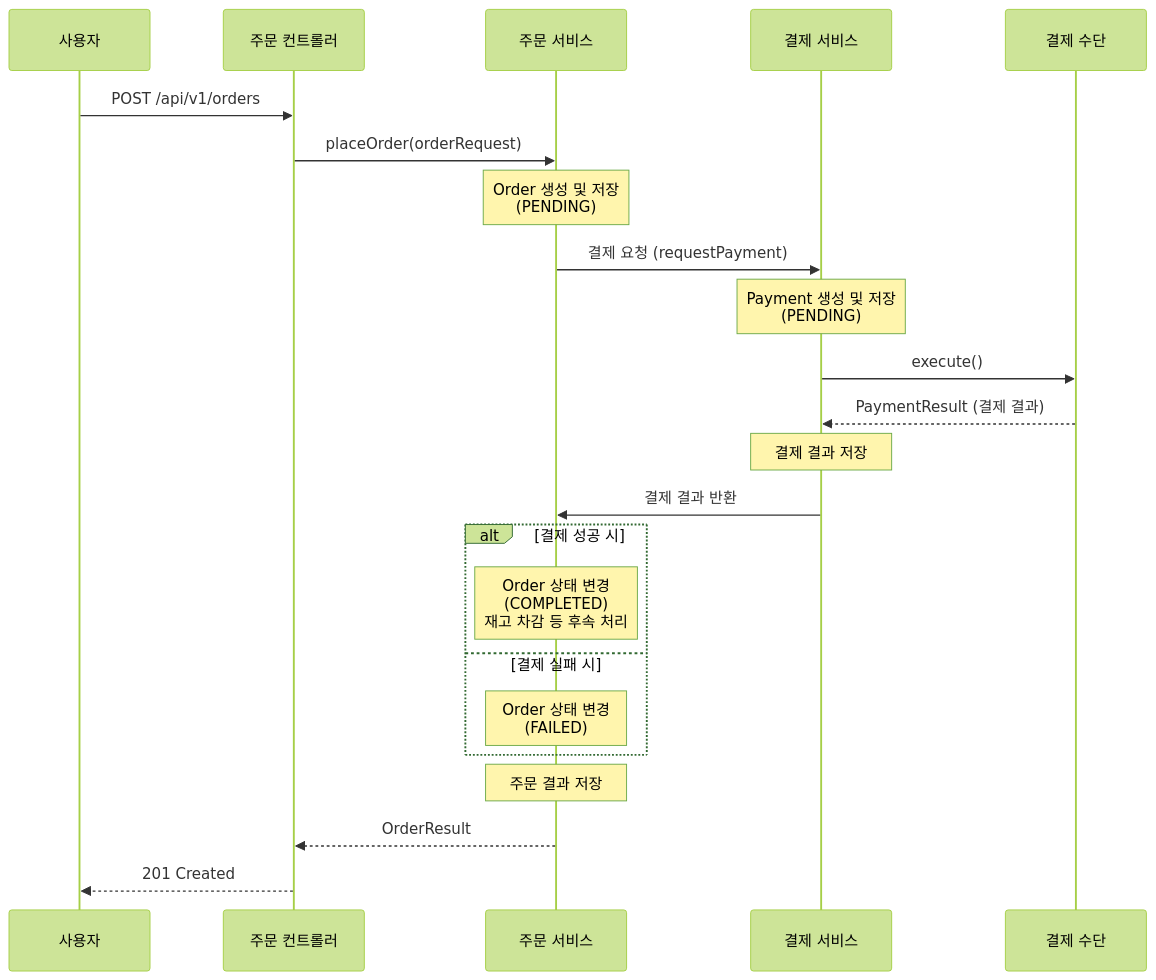
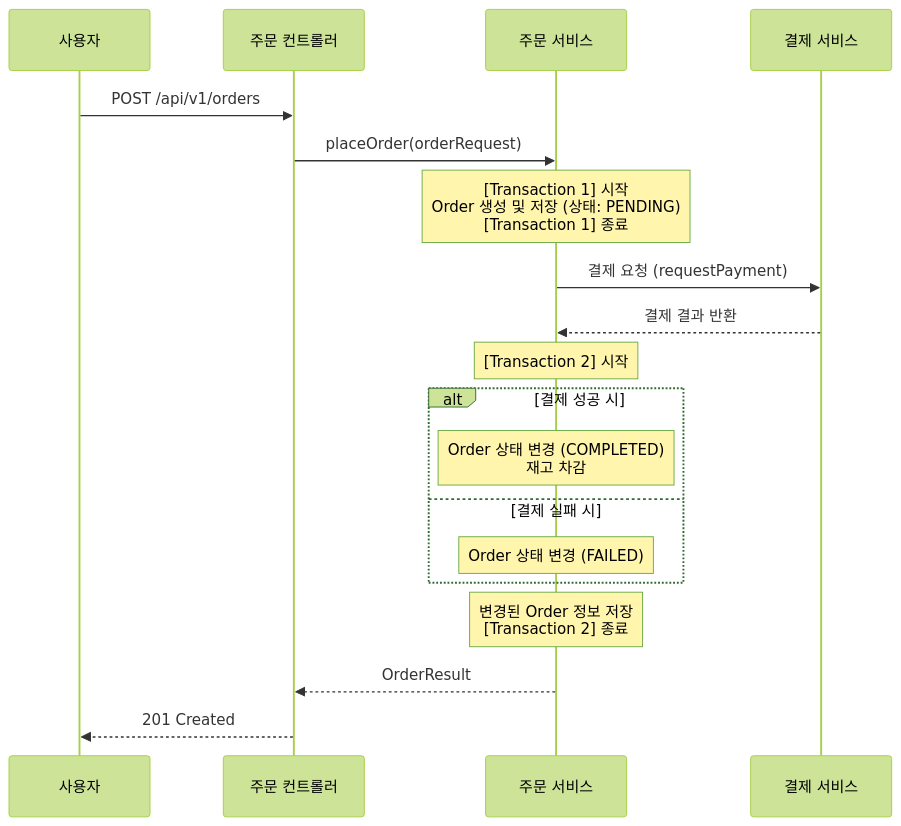
The second of 5 diagrams in docs/design/02-sequence-diagrams.md (Roopers-Team-6/chanho), drawn with Mermaid (forest theme) before and after one commit.

Commit message:
docs: 결제 시퀀스 수정
- 결제 수단을 별도의 참여자가 아닌, 결제 서비스의 책임으로 표현
- 트랜잭션 구간 명시

````diff
--- a/docs/design/02-sequence-diagrams.md
+++ b/docs/design/02-sequence-diagrams.md
@@ -37,27 +37,26 @@
 ```mermaid
 sequenceDiagram
     participant User as 사용자
     participant OrderController as 주문 컨트롤러
     participant OrderService as 주문 서비스
     participant PaymentService as 결제 서비스
-    participant PaymentMethod as 결제 수단
-    User ->> OrderController: POST /api/v1/orders
-    OrderController ->> OrderService: placeOrder(orderRequest)
-    Note over OrderService: Order 생성 및 저장 <br>(PENDING)
-    OrderService ->> PaymentService: 결제 요청 (requestPayment)
-    Note over PaymentService: Payment 생성 및 저장 <br>(PENDING)
-    PaymentService ->> PaymentMethod: execute()
-    PaymentMethod -->> PaymentService: PaymentResult (결제 결과)
-    Note over PaymentService: 결제 결과 저장
-    PaymentService ->> OrderService: 결제 결과 반환
 
+    User->>OrderController: POST /api/v1/orders
+    OrderController->>OrderService: placeOrder(orderRequest)
+
+    Note over OrderService: [Transaction 1] 시작 <br> Order 생성 및 저장 (상태: PENDING) <br> [Transaction 1] 종료
+
+    OrderService->>PaymentService: 결제 요청 (requestPayment)
+    PaymentService-->>OrderService: 결제 결과 반환
+
+    Note over OrderService: [Transaction 2] 시작
     alt 결제 성공 시
-        Note over OrderService: Order 상태 변경 <br>(COMPLETED) <br/> 재고 차감 등 후속 처리
+        Note over OrderService: Order 상태 변경 (COMPLETED) <br/> 재고 차감
     else 결제 실패 시
-        Note over OrderService: Order 상태 변경 <br>(FAILED)
+        Note over OrderService: Order 상태 변경 (FAILED)
     end
+    Note over OrderService: 변경된 Order 정보 저장 <br> [Transaction 2] 종료
 
-    Note over OrderService: 주문 결과 저장
-    OrderService -->> OrderController: OrderResult
-    OrderController -->> User: 201 Created
+    OrderService-->>OrderController: OrderResult
+    OrderController-->>User: 201 Created
 ```
````
